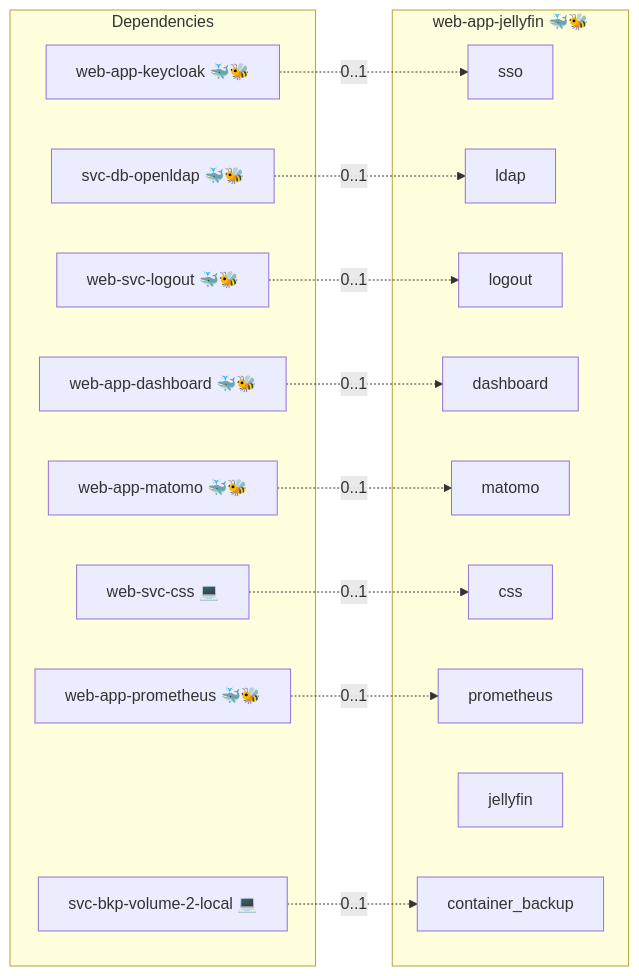
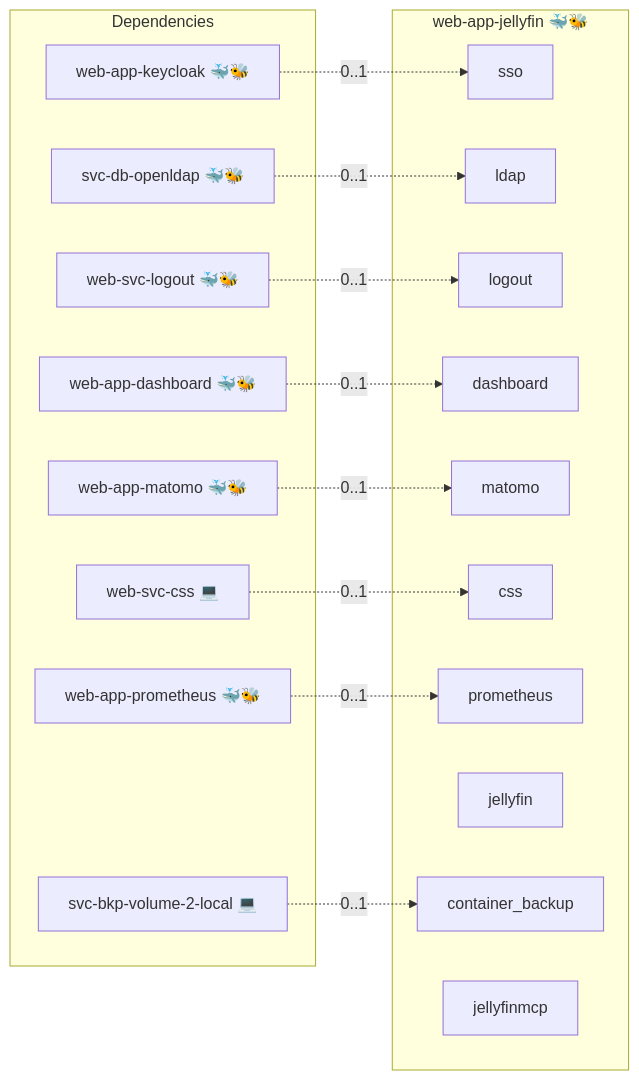
One commit to infinito-nexus/core changed the diagram in roles/web-app-jellyfin/README.md. Above: the diagram before and after it, drawn with Mermaid. The commit also changed 142 other files, not shown here.

````diff
--- a/roles/web-app-jellyfin/README.md
+++ b/roles/web-app-jellyfin/README.md
@@ -15,32 +15,33 @@
 ```mermaid
 flowchart LR
     subgraph deps [Dependencies]
         dep_svc_bkp_volume_2_local["svc-bkp-volume-2-local 💻"]
         dep_svc_db_openldap["svc-db-openldap 🐳🐝"]
         dep_web_app_dashboard["web-app-dashboard 🐳🐝"]
         dep_web_app_keycloak["web-app-keycloak 🐳🐝"]
         dep_web_app_matomo["web-app-matomo 🐳🐝"]
         dep_web_app_prometheus["web-app-prometheus 🐳🐝"]
         dep_web_svc_css["web-svc-css 💻"]
         dep_web_svc_logout["web-svc-logout 🐳🐝"]
     end
     subgraph role [web-app-jellyfin 🐳🐝]
         svc_sso["sso"]
         svc_ldap["ldap"]
         svc_logout["logout"]
         svc_dashboard["dashboard"]
         svc_matomo["matomo"]
         svc_css["css"]
         svc_prometheus["prometheus"]
         svc_jellyfin["jellyfin"]
         svc_container_backup["container_backup"]
+        svc_jellyfinmcp["jellyfinmcp"]
     end
     dep_svc_bkp_volume_2_local -. "0..1" .-> svc_container_backup
     dep_svc_db_openldap -. "0..1" .-> svc_ldap
     dep_web_app_dashboard -. "0..1" .-> svc_dashboard
     dep_web_app_keycloak -. "0..1" .-> svc_sso
     dep_web_app_matomo -. "0..1" .-> svc_matomo
     dep_web_app_prometheus -. "0..1" .-> svc_prometheus
     dep_web_svc_css -. "0..1" .-> svc_css
     dep_web_svc_logout -. "0..1" .-> svc_logout
 ```
````
